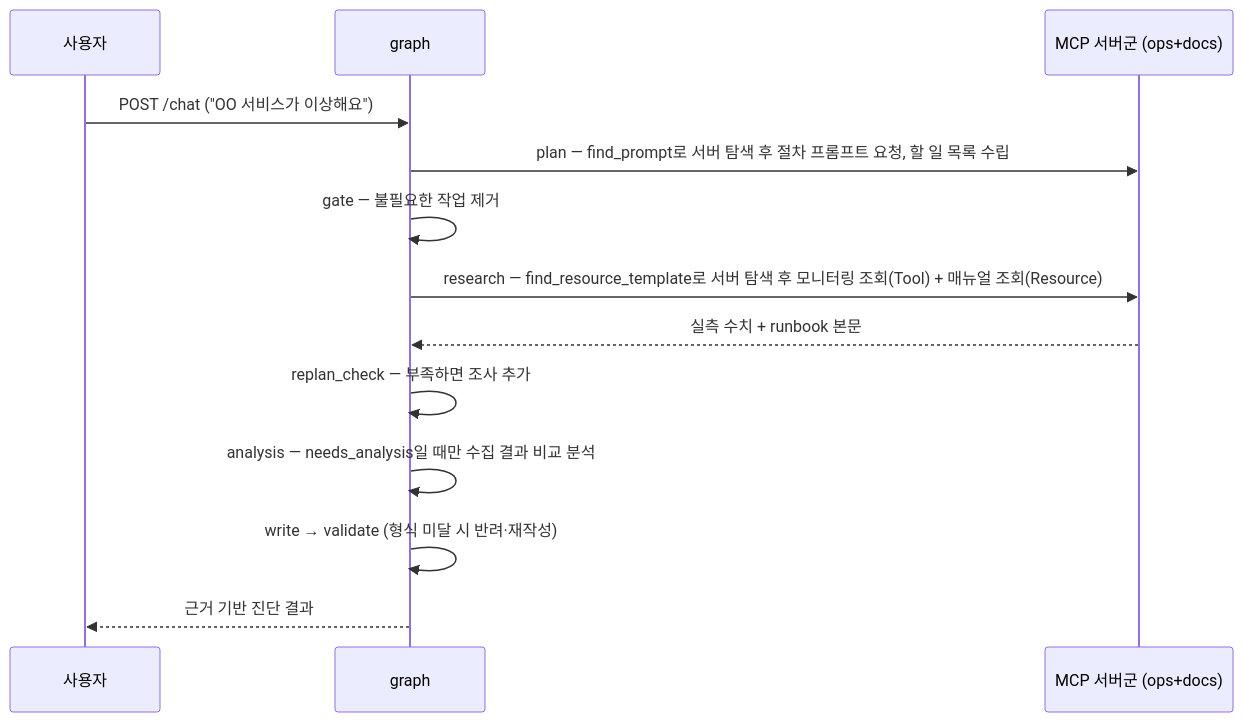
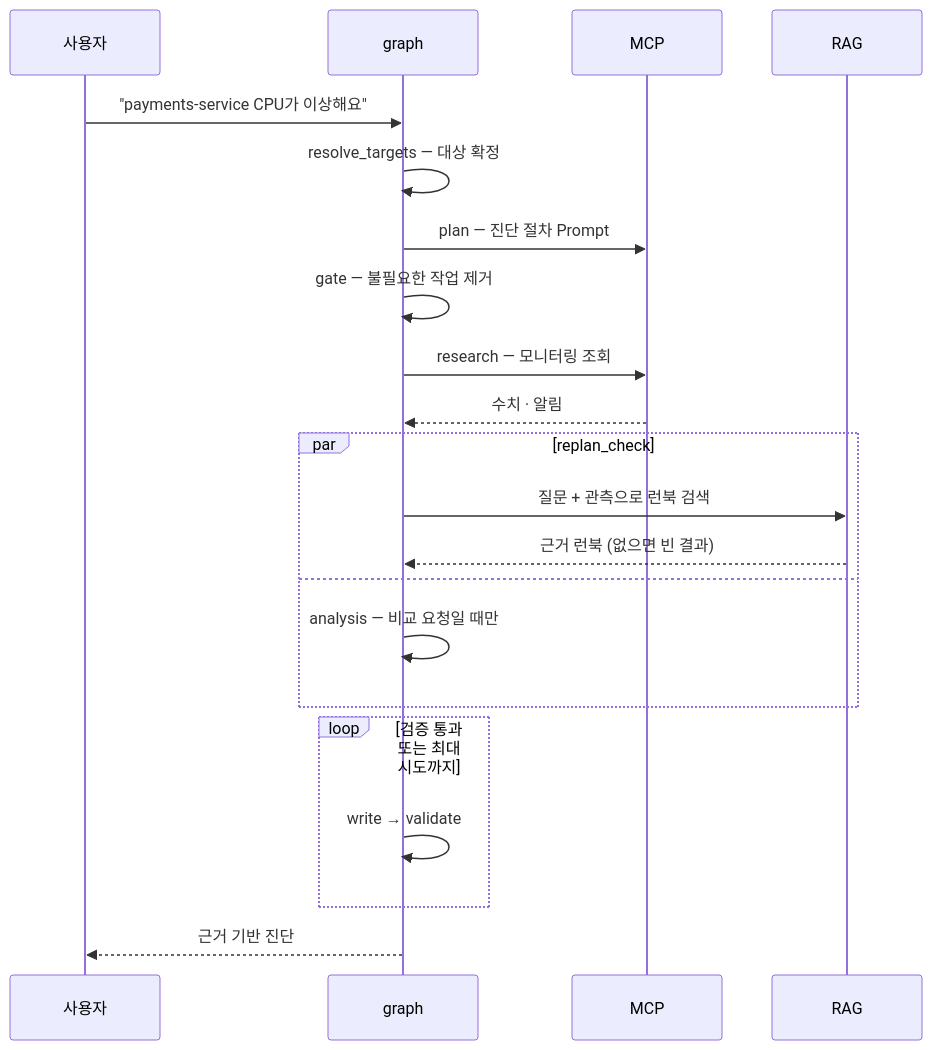
The fourth of 8 diagrams in doc/README.md (InwooLeeme/ai_mini_project), drawn with Mermaid before and after one commit. The commit also changed other lines of this file, not shown here.

````diff
--- a/doc/README.md
+++ b/doc/README.md
@@ -160,16 +113,24 @@
 ```mermaid
 sequenceDiagram
     participant U as 사용자
     participant G as graph
-    participant M as MCP 서버군 (ops+docs)
+    participant M as MCP
+    participant R as RAG
 
-    U->>G: POST /chat ("OO 서비스가 이상해요")
-    G->>M: plan — find_prompt로 서버 탐색 후 절차 프롬프트 요청, 할 일 목록 수립
+    U->>G: "payments-service CPU가 이상해요"
+    G->>G: resolve_targets — 대상 확정
+    G->>M: plan — 진단 절차 Prompt
     G->>G: gate — 불필요한 작업 제거
-    G->>M: research — find_resource_template로 서버 탐색 후 모니터링 조회(Tool) + 매뉴얼 조회(Resource)
-    M-->>G: 실측 수치 + runbook 본문
-    G->>G: replan_check — 부족하면 조사 추가
-    G->>G: analysis — needs_analysis일 때만 수집 결과 비교 분석
-    G->>G: write → validate (형식 미달 시 반려·재작성)
-    G-->>U: 근거 기반 진단 결과
+    G->>M: research — 모니터링 조회
+    M-->>G: 수치 · 알림
+    par replan_check
+        G->>R: 질문 + 관측으로 런북 검색
+        R-->>G: 근거 런북 (없으면 빈 결과)
+    and
+        G->>G: analysis — 비교 요청일 때만
+    end
+    loop 검증 통과 또는 최대 시도까지
+        G->>G: write → validate
+    end
+    G-->>U: 근거 기반 진단
 ```
````
